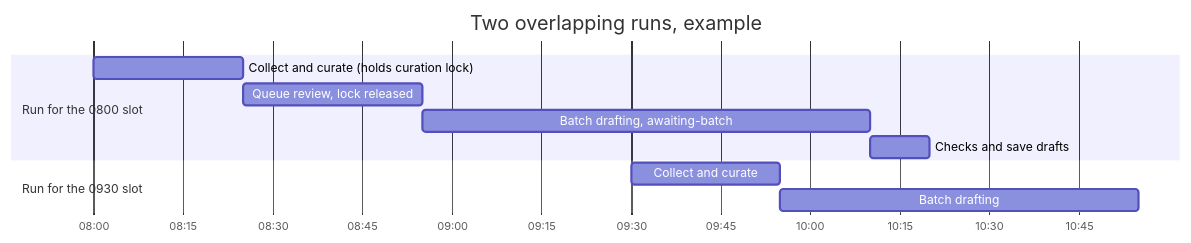
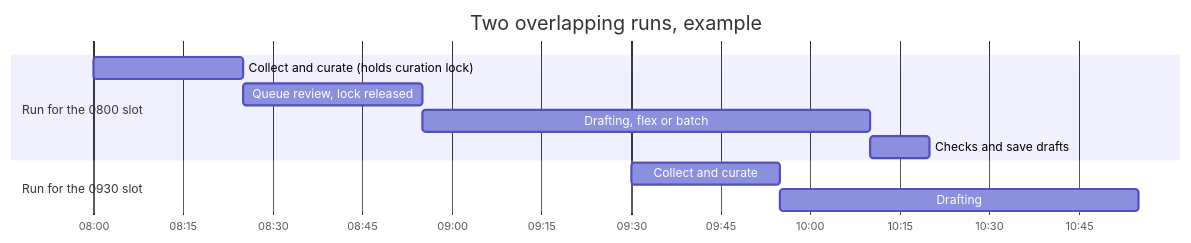
The seventh of 20 diagrams in docs/ai-news-automation-plan.md (foysalahmedmin/z-news), drawn with Mermaid before and after one commit. The commit also changed other lines of this file, not shown here.

````diff
--- a/docs/ai-news-automation-plan.md
+++ b/docs/ai-news-automation-plan.md
@@ -541,14 +544,14 @@
 ```mermaid
 gantt
     title Two overlapping runs, example
     dateFormat HH:mm
     axisFormat %H:%M
     section Run for the 0800 slot
     Collect and curate (holds curation lock) :a1, 08:00, 25m
     Queue review, lock released              :a2, after a1, 30m
-    Batch drafting, awaiting-batch           :a3, after a2, 75m
+    Drafting, flex or batch                  :a3, after a2, 75m
     Checks and save drafts                   :a4, after a3, 10m
     section Run for the 0930 slot
     Collect and curate                       :b1, 09:30, 25m
-    Batch drafting                           :b2, after b1, 60m
+    Drafting                                 :b2, after b1, 60m
 ```
````
